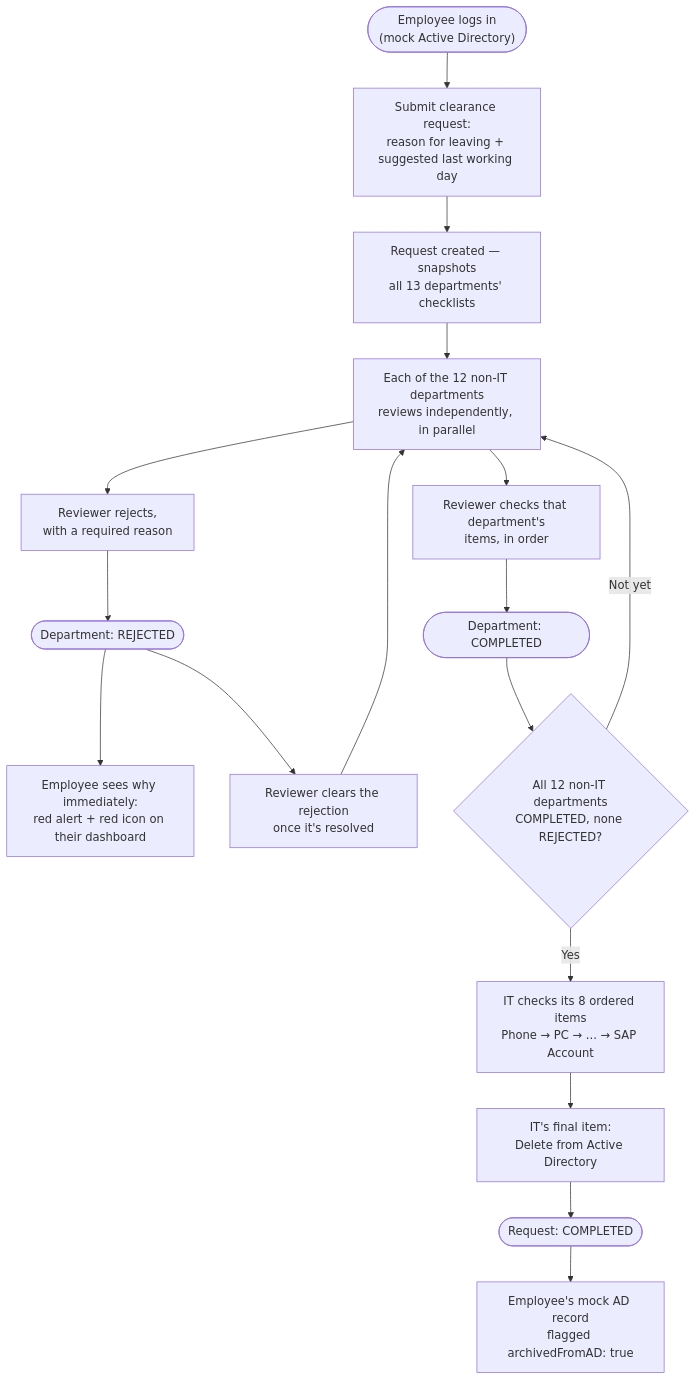
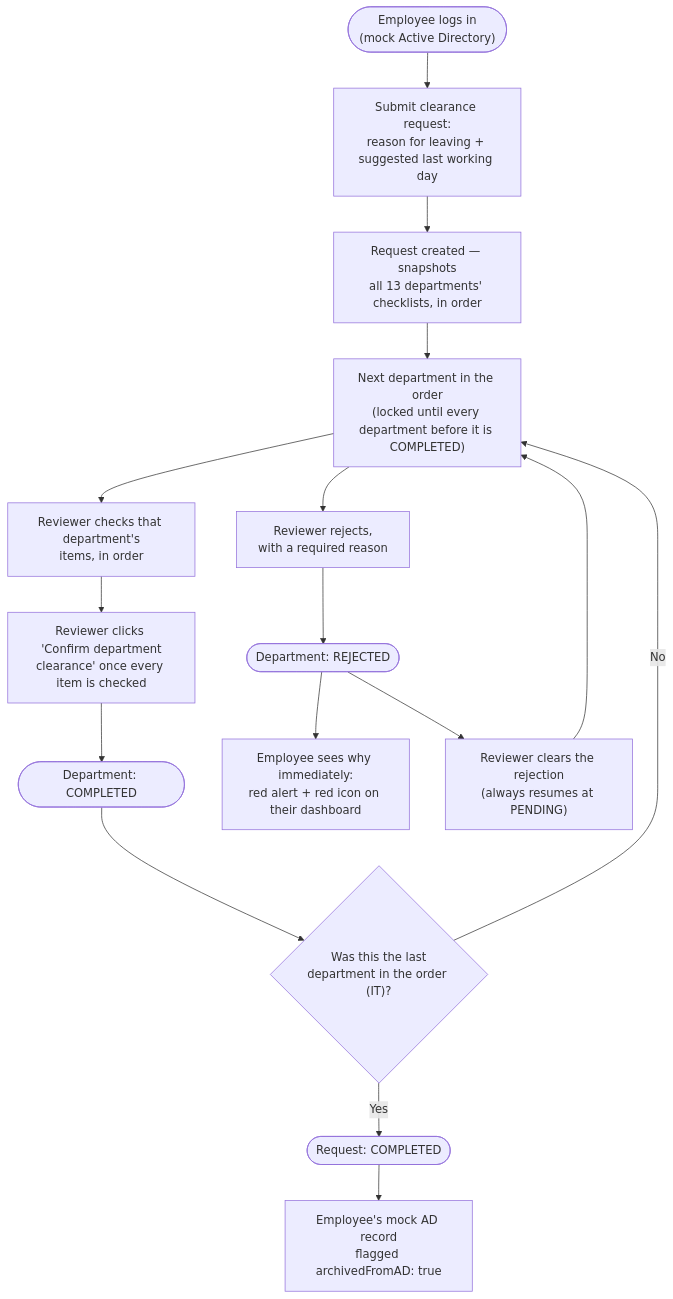
Before and after one commit to Abdo-N/Egas-clearance: the first of 2 diagrams in README.md, drawn with Mermaid. The commit also changed other lines of this file and 2 other files, not shown here.

````diff
--- a/README.md
+++ b/README.md
@@ -89,19 +99,18 @@
 ```mermaid
 flowchart TD
     A(["Employee logs in<br/>(mock Active Directory)"]) --> B["Submit clearance request:<br/>reason for leaving + suggested last working day"]
-    B --> C["Request created — snapshots<br/>all 13 departments' checklists"]
-    C --> D["Each of the 12 non-IT departments<br/>reviews independently, in parallel"]
+    B --> C["Request created — snapshots<br/>all 13 departments' checklists, in order"]
+    C --> D["Next department in the order<br/>(locked until every department before it is COMPLETED)"]
     D --> E["Reviewer checks that department's<br/>items, in order"]
-    D --> F["Reviewer rejects,<br/>with a required reason"]
-    E --> G(["Department: COMPLETED"])
-    F --> H(["Department: REJECTED"])
-    H --> I["Employee sees why immediately:<br/>red alert + red icon on their dashboard"]
-    H --> J["Reviewer clears the rejection<br/>once it's resolved"]
-    J --> D
-    G --> K{"All 12 non-IT departments<br/>COMPLETED, none REJECTED?"}
-    K -->|"Not yet"| D
-    K -->|"Yes"| L["IT checks its 8 ordered items<br/>Phone → PC → ... → SAP Account"]
-    L --> M["IT's final item:<br/>Delete from Active Directory"]
-    M --> N(["Request: COMPLETED"])
-    N --> O["Employee's mock AD record<br/>flagged archivedFromAD: true"]
+    E --> F["Reviewer clicks 'Confirm department<br/>clearance' once every item is checked"]
+    D --> G["Reviewer rejects,<br/>with a required reason"]
+    F --> H(["Department: COMPLETED"])
+    G --> I(["Department: REJECTED"])
+    I --> J["Employee sees why immediately:<br/>red alert + red icon on their dashboard"]
+    I --> K["Reviewer clears the rejection<br/>(always resumes at PENDING)"]
+    K --> D
+    H --> L{"Was this the last<br/>department in the order (IT)?"}
+    L -->|"No"| D
+    L -->|"Yes"| M(["Request: COMPLETED"])
+    M --> N["Employee's mock AD record<br/>flagged archivedFromAD: true"]
 ```
````
